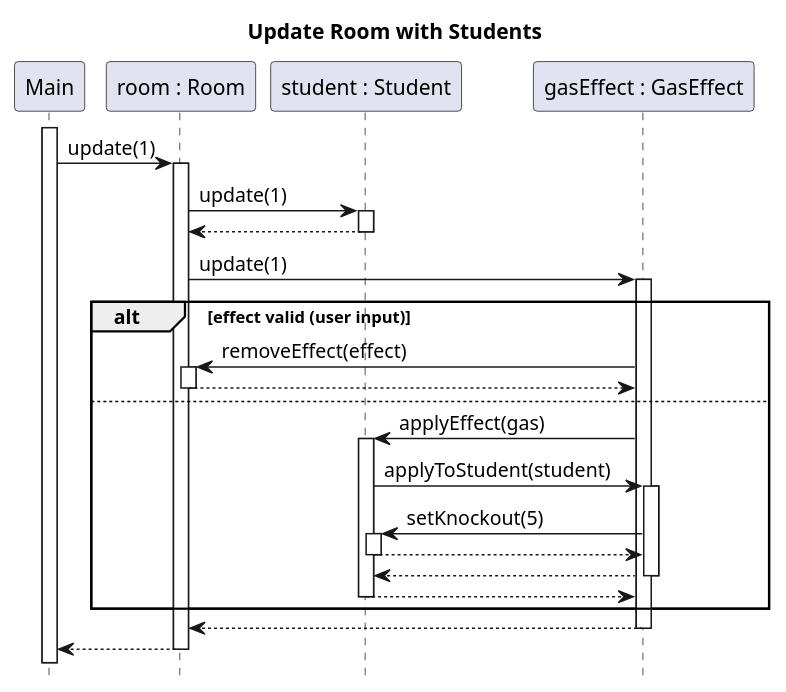
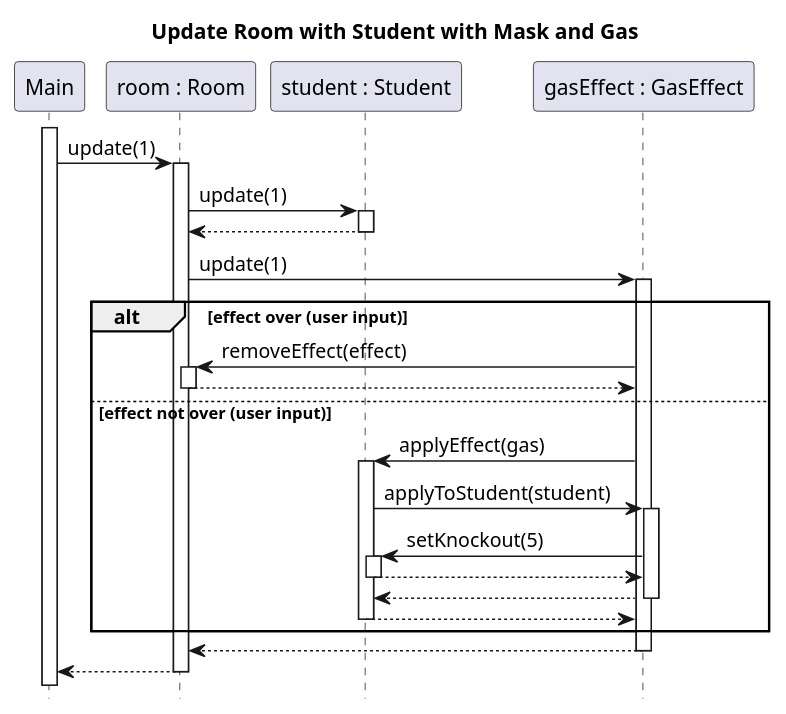
Before and after one commit to sn4k3ch4rm3r/logarlec: the diagram in docs/diagrams/test-sequence/room_update_gas_and_mask.puml, drawn with PlantUML. The commit also changed 17 other files, not shown here.

Commit message:
Modified sequence diagrams

```diff
--- a/docs/diagrams/test-sequence/room_update_gas_and_mask.puml
+++ b/docs/diagrams/test-sequence/room_update_gas_and_mask.puml
@@ -1,31 +1,31 @@
 @startuml room-update
-title Update Room with Students
+title Update Room with Student with Mask and Gas
 hide footbox
 autoactivate on
 skinparam SequenceReferenceBackgroundColor white
 
 participant Main
 participant "room : Room" as room
 participant "student : Student" as student
 participant "gasEffect : GasEffect" as gas
 
 activate Main
 Main -> room : update(1)
 	room -> student : update(1)
 	    return
 	    room -> gas : update(1)
-        alt effect valid (user input)
+        alt effect over (user input)
 		    gas -> room ++: removeEffect(effect)
 		    return
-        else
+        else effect not over (user input)
         gas -> student : applyEffect(gas)
             student -> gas : applyToStudent(student)
                 gas -> student : setKnockout(5)
                 return
             return
         return
         end
 	return
 return
 
 @enduml
```
